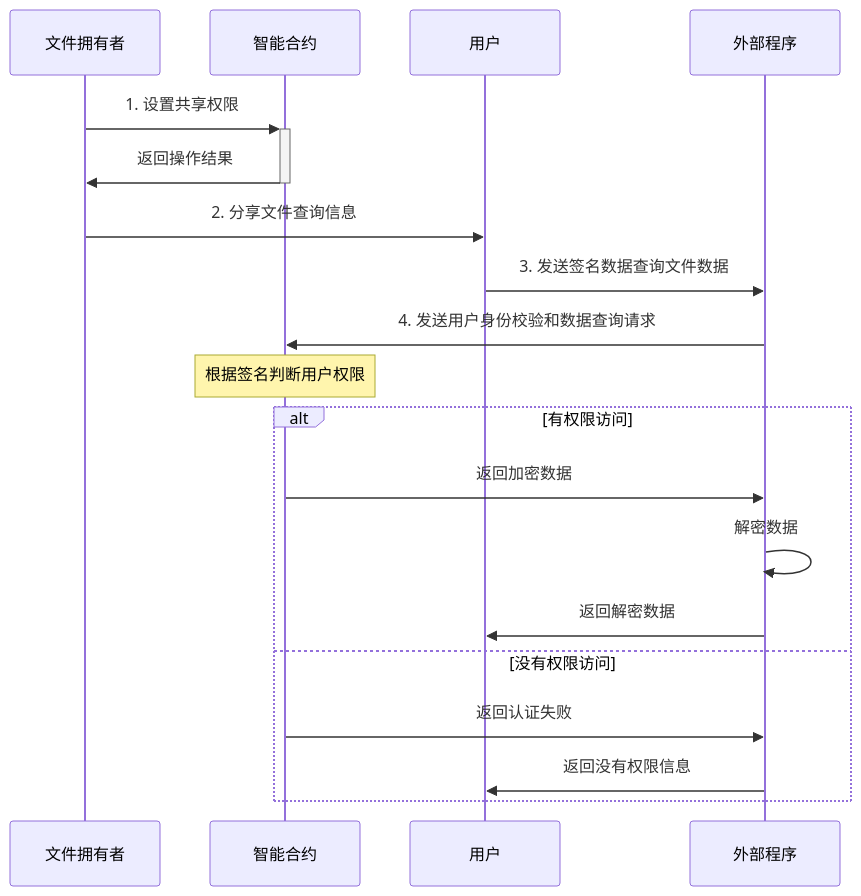
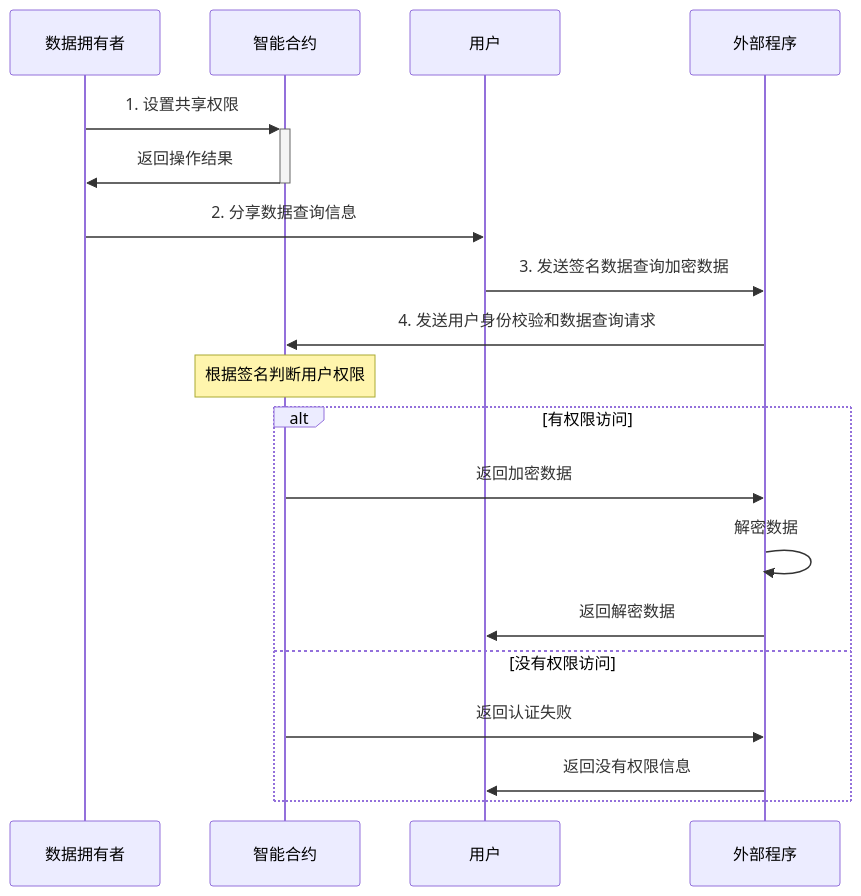
One commit to MoyunRz/store-data changed the fifth of 5 diagrams in doc/合约存取共享.md. Above: the diagram before and after it, drawn with Mermaid. The commit also changed other lines of this file, not shown here.

````diff
--- a/doc/合约存取共享.md
+++ b/doc/合约存取共享.md
@@ -104,22 +108,22 @@
 ```mermaid
 sequenceDiagram
-    participant A as 文件拥有者
+    participant A as 数据拥有者
     participant B as 智能合约
     participant C as 用户
     participant D as 外部程序
 
     A->>+B: 1. 设置共享权限
     B->>-A: 返回操作结果
-    A->>C: 2. 分享文件查询信息
-    C->>D: 3. 发送签名数据查询文件数据
+    A->>C: 2. 分享数据查询信息
+    C->>D: 3. 发送签名数据查询加密数据
     D->>B: 4. 发送用户身份校验和数据查询请求
     Note over B: 根据签名判断用户权限
     alt 有权限访问
         B->>D: 返回加密数据
         D->>D: 解密数据
         D->>C: 返回解密数据
     else 没有权限访问
         B->>D: 返回认证失败
         D->>C: 返回没有权限信息
     end
 ```
````
